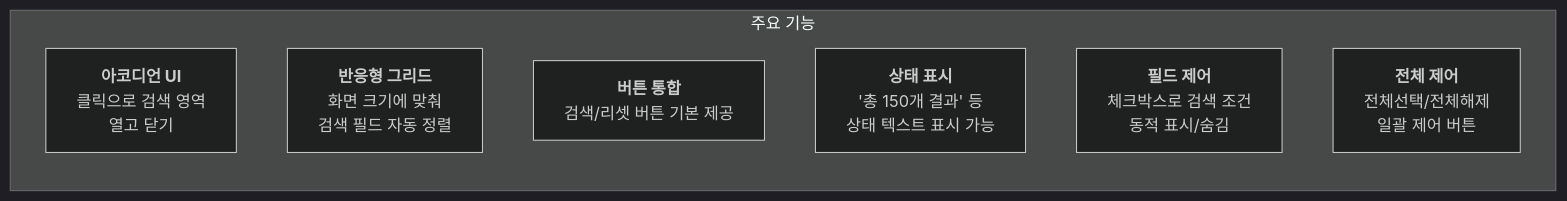
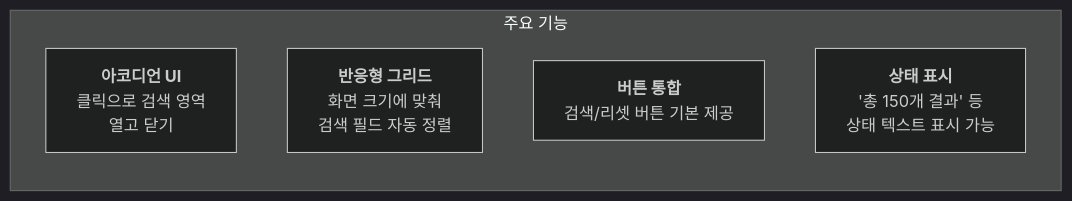
Before and after one commit to webcodur/next-temp: the second of 4 diagrams in src/components/ui/ui-input/advanced-search/advanced-search.md, drawn with Mermaid (dark theme). The commit also changed other lines of this file and 89 other files, not shown here.

````diff
--- a/src/components/ui/ui-input/advanced-search/advanced-search.md
+++ b/src/components/ui/ui-input/advanced-search/advanced-search.md
@@ -30,11 +28,9 @@
 ```mermaid
 graph LR
     subgraph "주요 기능"
         F1["<B>아코디언 UI</B><br/>클릭으로 검색 영역<br/>열고 닫기"]
         F2["<B>반응형 그리드</B><br/>화면 크기에 맞춰<br/>검색 필드 자동 정렬"]
         F3["<B>버튼 통합</B><br/>검색/리셋 버튼 기본 제공"]
         F4["<B>상태 표시</B><br/>'총 150개 결과' 등<br/>상태 텍스트 표시 가능"]
-        F5["<B>필드 제어</B><br/>체크박스로 검색 조건<br/>동적 표시/숨김"]
-        F6["<B>전체 제어</B><br/>전체선택/전체해제<br/>일괄 제어 버튼"]
     end
 ```
````
